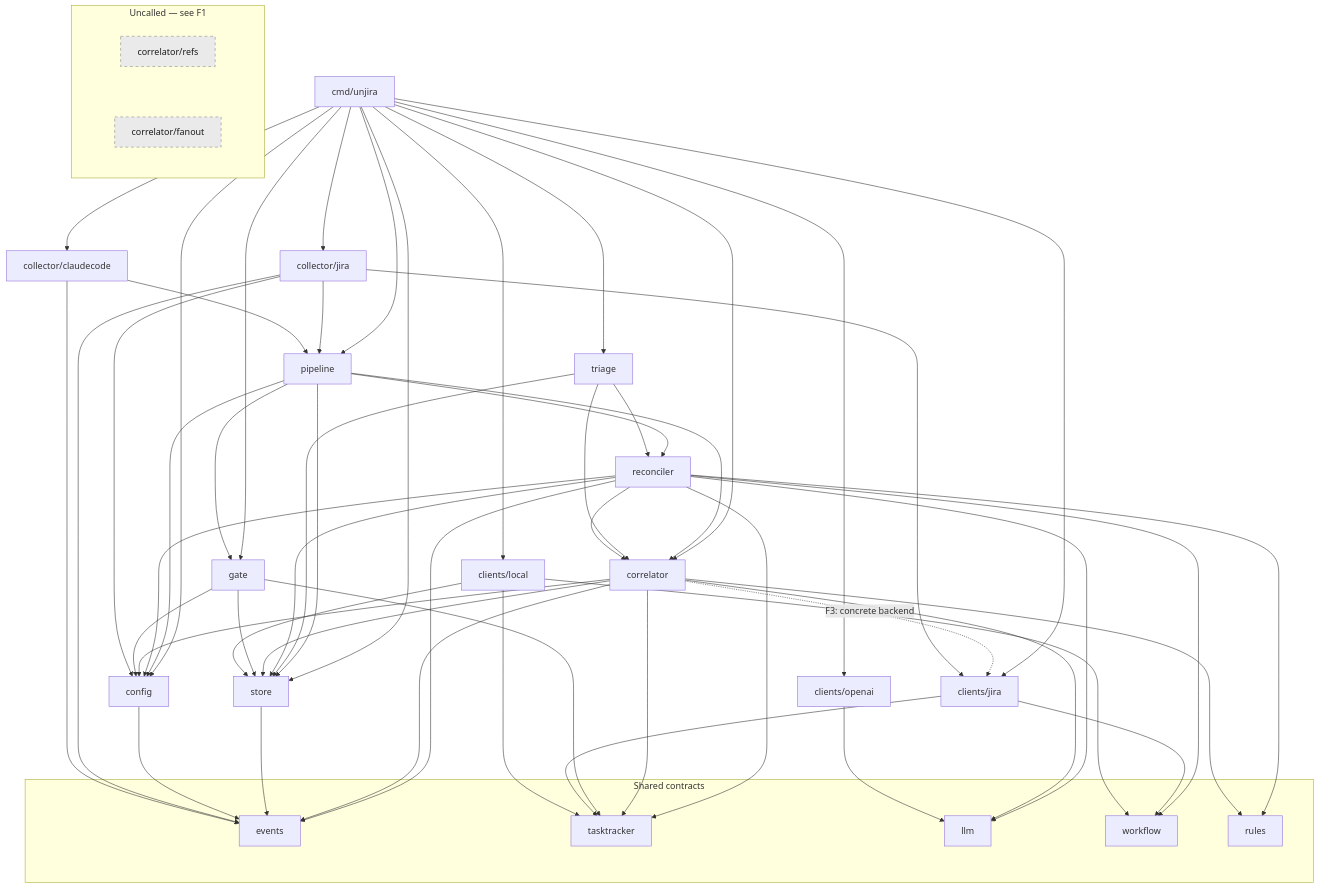
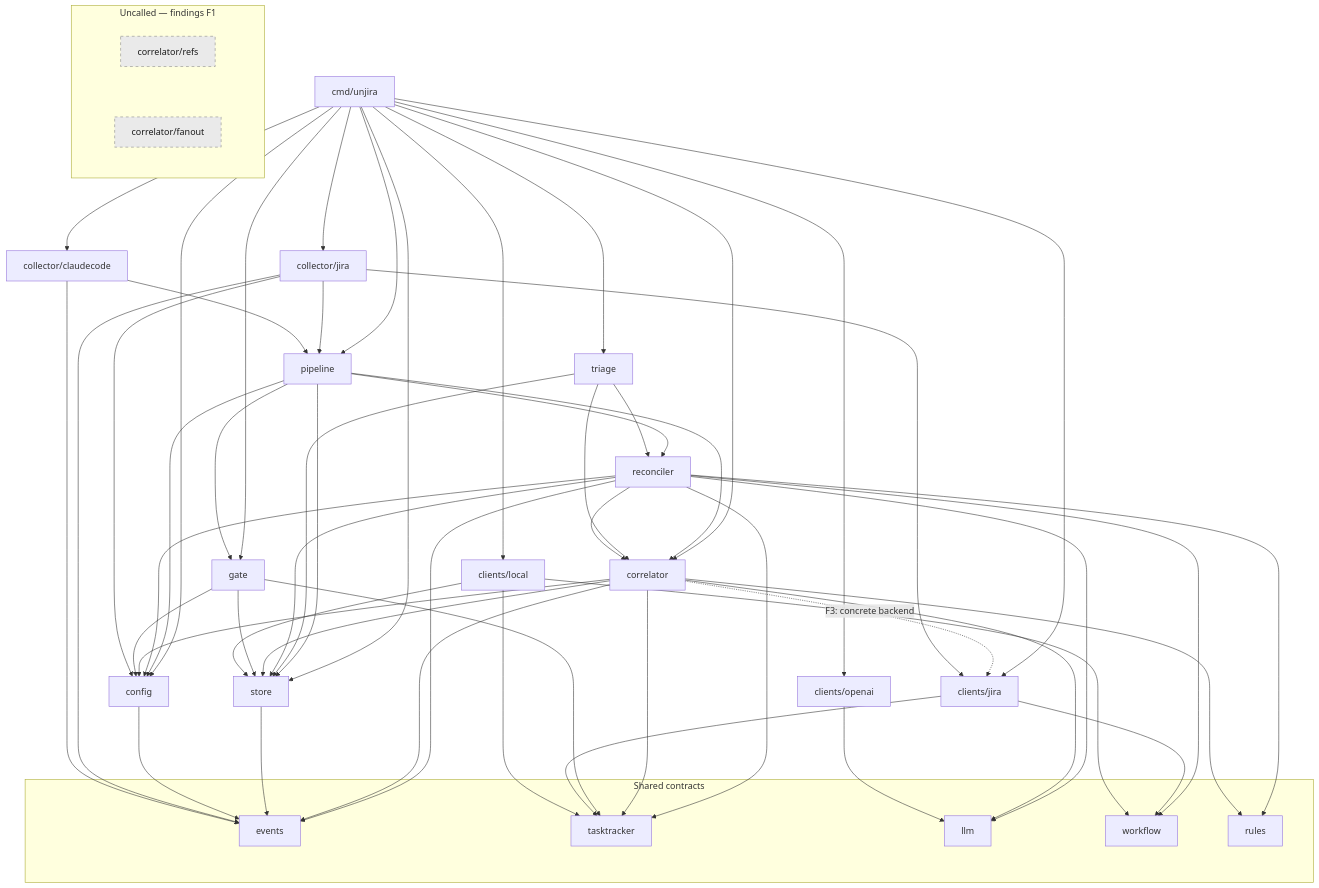
One commit to jcogilvie/unjira changed the fourth of 4 diagrams in docs/architecture.md. Above: the diagram before and after it, drawn with Mermaid. The commit also changed other lines of this file and 2 other files, not shown here.

First line of the commit message:
docs: split the open findings out of architecture.md

````diff
--- a/docs/architecture.md
+++ b/docs/architecture.md
@@ -227,53 +230,53 @@
 ```mermaid
 ---
 config:
   nodeSpacing: 90
   rankSpacing: 130
 ---
 flowchart TB
     CMD["cmd/unjira"]
     PIPE["pipeline"]
     TRIAGE["triage"]
     RECON["reconciler"]
     CORR["correlator"]
     GATE["gate"]
     STORE["store"]
     CONFIG["config"]
     CJIRA["clients/jira"]
     CLOCAL["clients/local"]
     COAI["clients/openai"]
     COLLJ["collector/jira"]
     COLLC["collector/claudecode"]
 
     subgraph contracts["Shared contracts"]
         EVENTS["events"]
         TT["tasktracker"]
         LLM["llm"]
         WF["workflow"]
         RULES["rules"]
     end
 
-    subgraph orphans["Uncalled — see F1"]
+    subgraph orphans["Uncalled — findings F1"]
         REFS["correlator/refs"]
         FANOUT["correlator/fanout"]
     end
 
     CMD --> PIPE & TRIAGE & GATE & CORR & STORE & CONFIG
     CMD --> CJIRA & CLOCAL & COAI & COLLJ & COLLC
     PIPE --> RECON & CORR & GATE & STORE & CONFIG
     TRIAGE --> RECON & CORR & STORE
     RECON --> CORR & STORE & CONFIG & WF & LLM & RULES & EVENTS & TT
     CORR --> STORE & CONFIG & LLM & RULES & EVENTS & TT
     CORR -.->|"F3: concrete backend"| CJIRA
     GATE --> STORE & CONFIG & TT
     STORE --> EVENTS
     CONFIG --> EVENTS
     CJIRA --> TT & WF
     CLOCAL --> STORE & TT & WF
     COAI --> LLM
     COLLJ --> CJIRA & CONFIG & EVENTS & PIPE
     COLLC --> EVENTS & PIPE
 
     classDef orphan fill:#eaeaea,stroke:#888,stroke-dasharray: 5 5,color:#1a1a1a
     class REFS,FANOUT orphan
 ```
````
